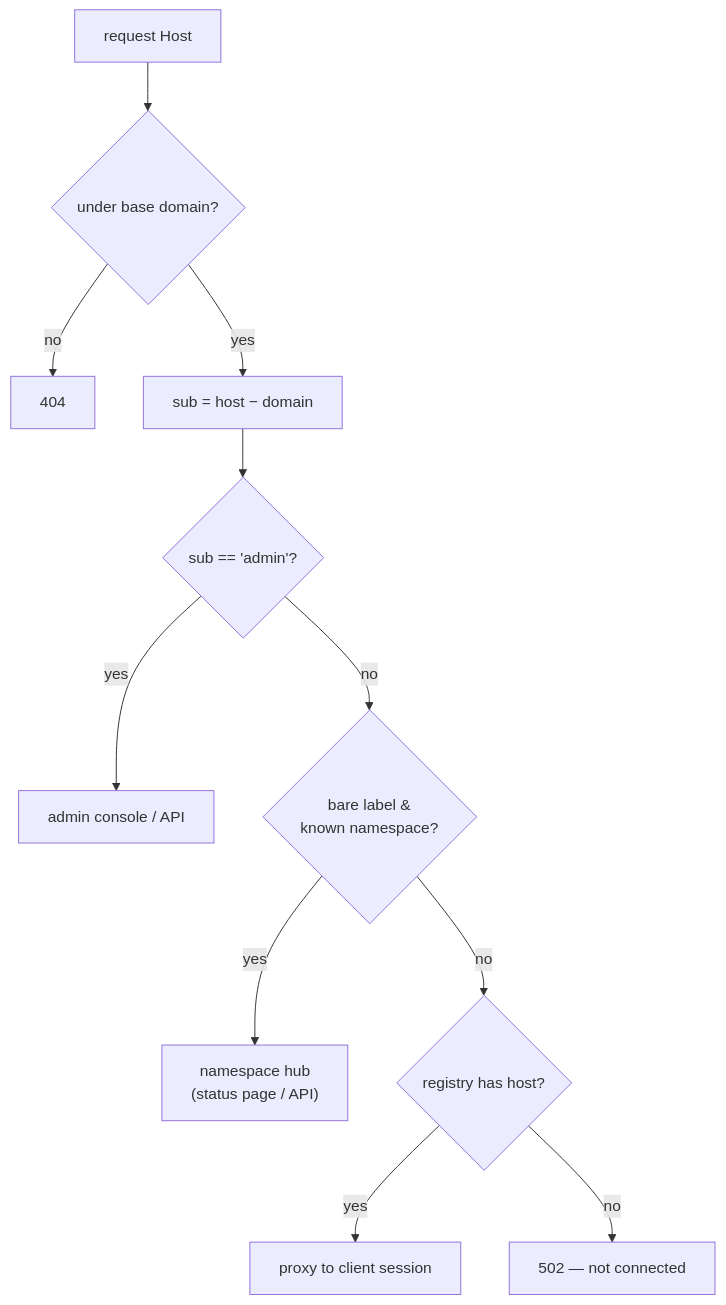
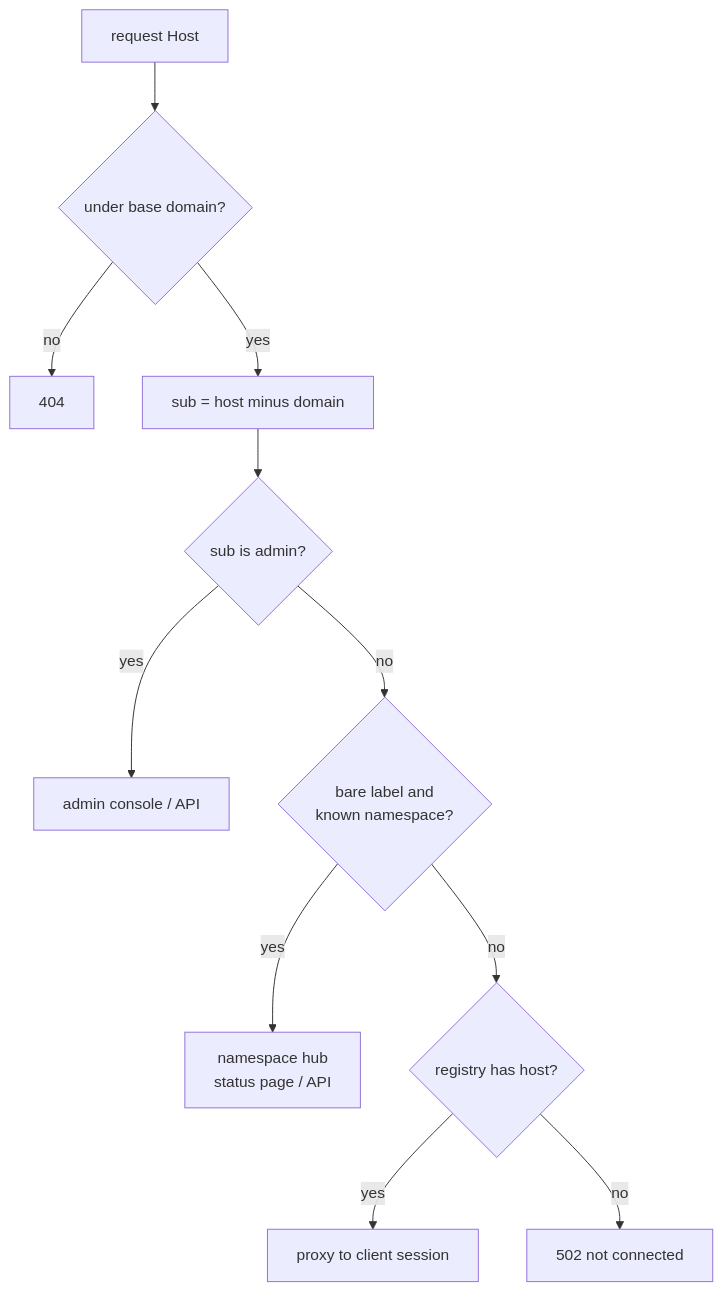
Before and after one commit to ur-link/tunnel: the fourth of 5 diagrams in docs/architecture.md, drawn with Mermaid. The commit also changed other lines of this file and 2 other files, not shown here.

First line of the commit message:
docs: put one-command Get Started at top of README; fix all Mermaid

````diff
--- a/docs/architecture.md
+++ b/docs/architecture.md
@@ -113,13 +113,13 @@
 ```mermaid
 flowchart TD
   H["request Host"] --> U{"under base domain?"}
   U -->|no| NF["404"]
-  U -->|yes| SUB["sub = host − domain"]
-  SUB --> AD{"sub == 'admin'?"}
+  U -->|yes| SUB["sub = host minus domain"]
+  SUB --> AD{"sub is admin?"}
   AD -->|yes| ADM["admin console / API"]
-  AD -->|no| NSQ{"bare label &<br/>known namespace?"}
-  NSQ -->|yes| HUB["namespace hub<br/>(status page / API)"]
+  AD -->|no| NSQ{"bare label and<br/>known namespace?"}
+  NSQ -->|yes| HUB["namespace hub<br/>status page / API"]
   NSQ -->|no| REG{"registry has host?"}
   REG -->|yes| PX["proxy to client session"]
-  REG -->|no| BG["502 — not connected"]
+  REG -->|no| BG["502 not connected"]
 ```
````
